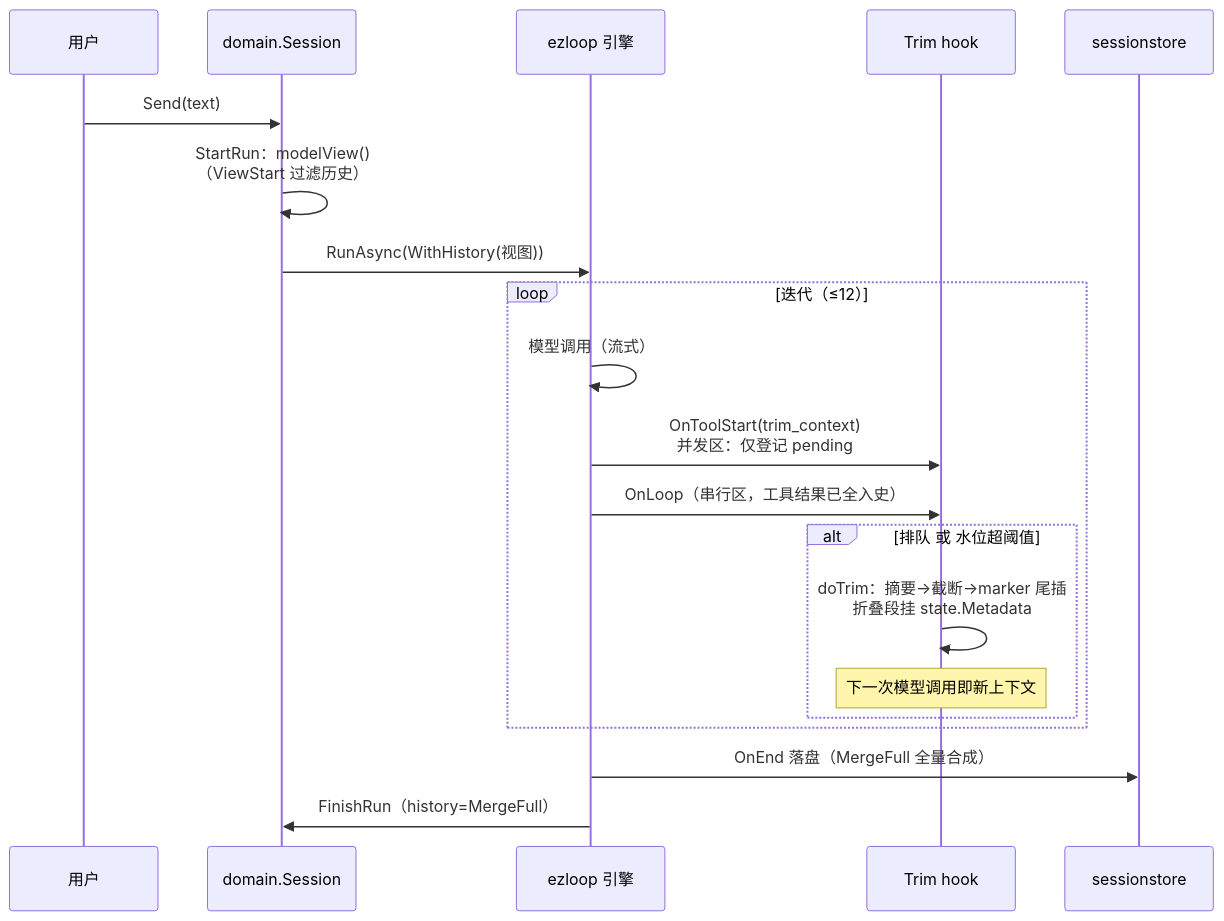
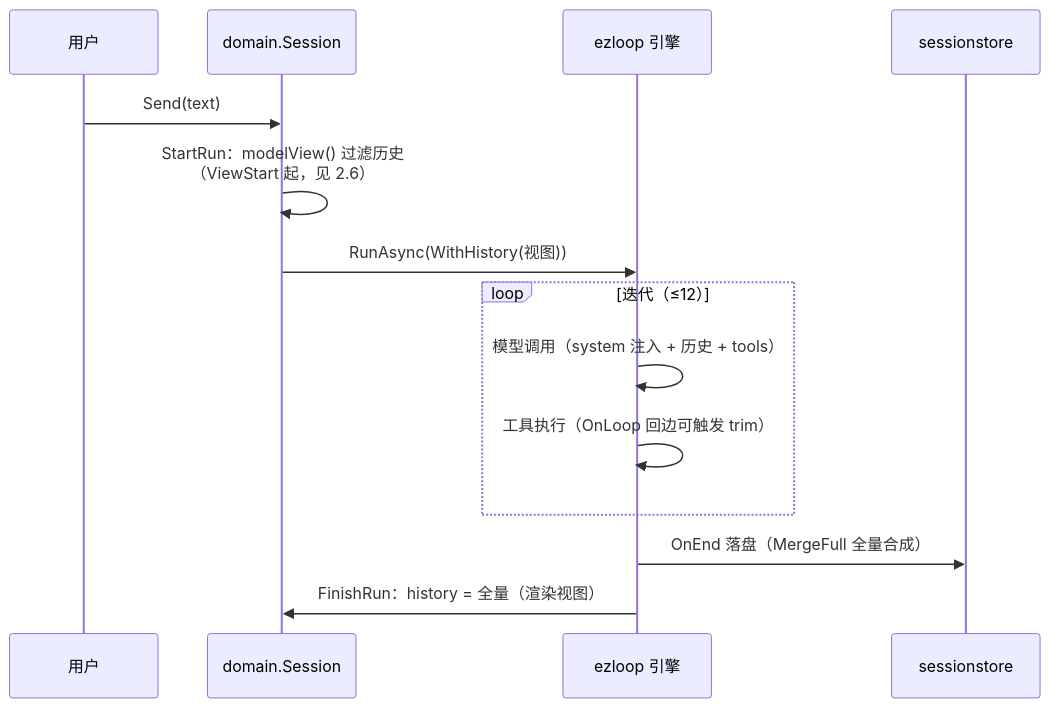
Before and after one commit to JcEvoX/EzHarnesS: the third of 8 diagrams in docs/session-context.md, drawn with Mermaid. The commit also changed other lines of this file, not shown here.

````diff
--- a/docs/session-context.md
+++ b/docs/session-context.md
@@ -59,23 +50,17 @@
 ```mermaid
 sequenceDiagram
     participant U as 用户
     participant D as domain.Session
     participant E as ezloop 引擎
-    participant T as Trim hook
     participant S as sessionstore
 
     U->>D: Send(text)
-    D->>D: StartRun：modelView()<br/>（ViewStart 过滤历史）
+    D->>D: StartRun：modelView() 过滤历史<br/>（ViewStart 起，见 2.6）
     D->>E: RunAsync(WithHistory(视图))
     loop 迭代（≤12）
-        E->>E: 模型调用（流式）
-        E->>T: OnToolStart(trim_context)<br/>并发区：仅登记 pending
-        E->>T: OnLoop（串行区，工具结果已全入史）
-        alt 排队 或 水位超阈值
-            T->>T: doTrim：摘要→截断→marker 尾插<br/>折叠段挂 state.Metadata
-            Note over T: 下一次模型调用即新上下文
-        end
+        E->>E: 模型调用（system 注入 + 历史 + tools）
+        E->>E: 工具执行（OnLoop 回边可触发 trim）
     end
     E->>S: OnEnd 落盘（MergeFull 全量合成）
-    E->>D: FinishRun（history=MergeFull）
+    E->>D: FinishRun：history = 全量（渲染视图）
 ```
````
